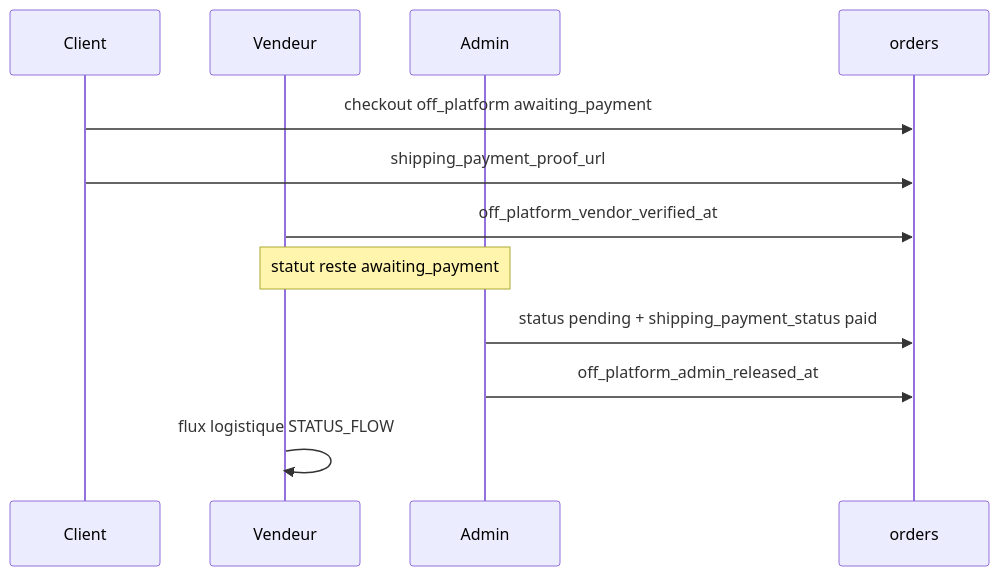
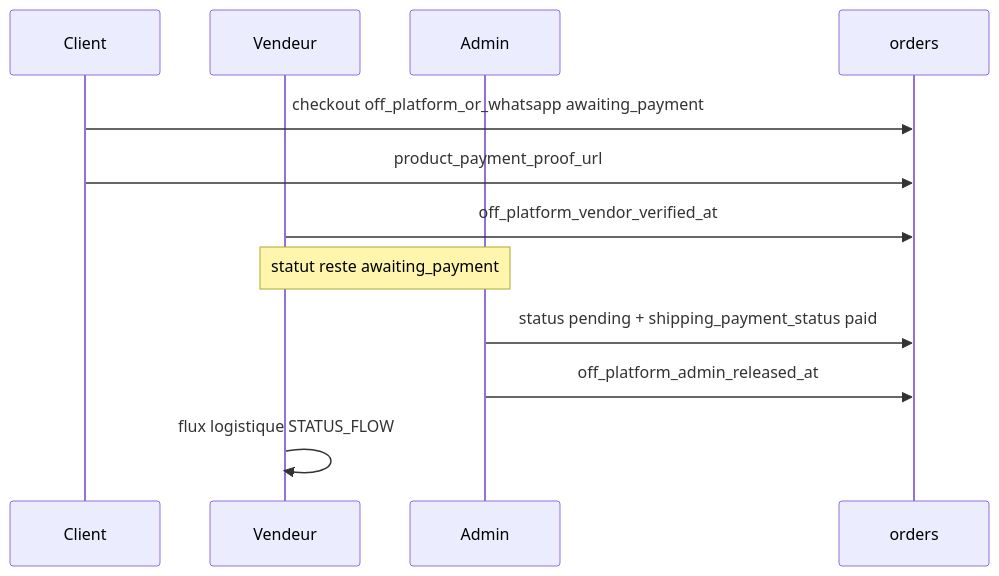
One commit to adlasoff-art/zandofy-c7175cf9 changed the diagram in docs/OFF_PLATFORM_PAYMENT.md. Above: the diagram before and after it, drawn with Mermaid. The commit also changed other lines of this file and 25 other files, not shown here.

First line of the commit message:
feat(checkout): WhatsApp deferred payment with eligibility gates and audit fixes

````diff
--- a/docs/OFF_PLATFORM_PAYMENT.md
+++ b/docs/OFF_PLATFORM_PAYMENT.md
@@ -12,15 +31,15 @@
 ```mermaid
 sequenceDiagram
   participant Client
   participant Vendeur
   participant Admin
   participant DB as orders
 
-  Client->>DB: checkout off_platform awaiting_payment
-  Client->>DB: shipping_payment_proof_url
+  Client->>DB: checkout off_platform_or_whatsapp awaiting_payment
+  Client->>DB: product_payment_proof_url
   Vendeur->>DB: off_platform_vendor_verified_at
   Note over Vendeur,Admin: statut reste awaiting_payment
   Admin->>DB: status pending + shipping_payment_status paid
   Admin->>DB: off_platform_admin_released_at
   Vendeur->>Vendeur: flux logistique STATUS_FLOW
 ```
````
